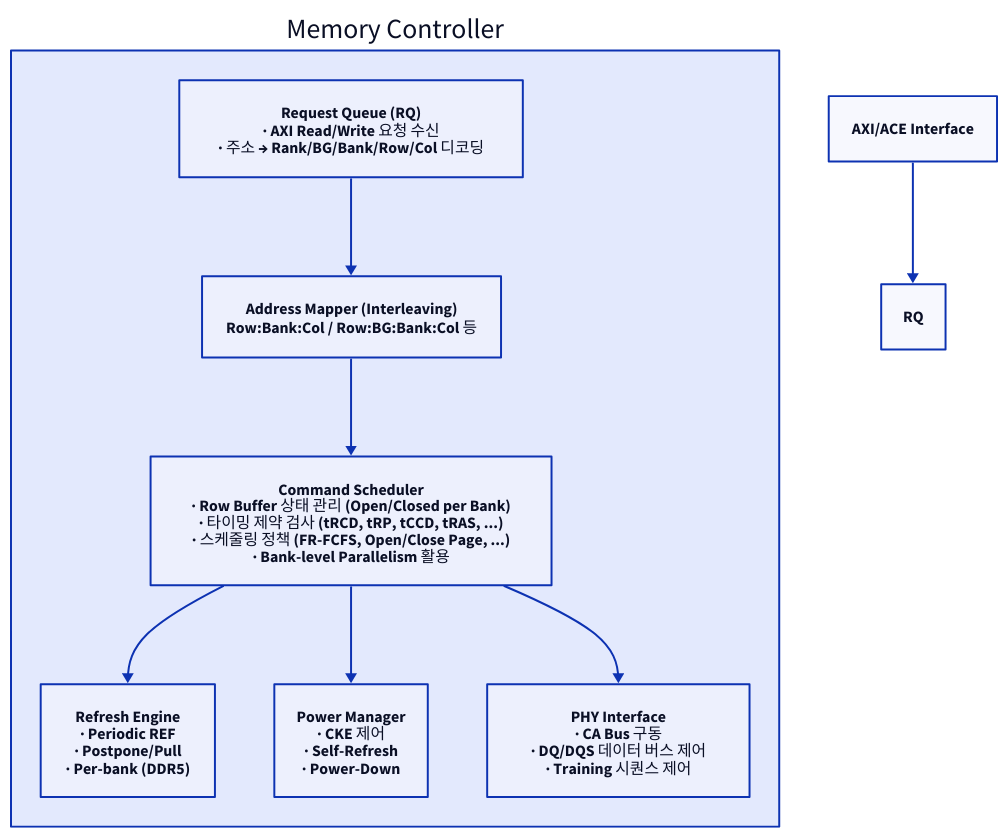
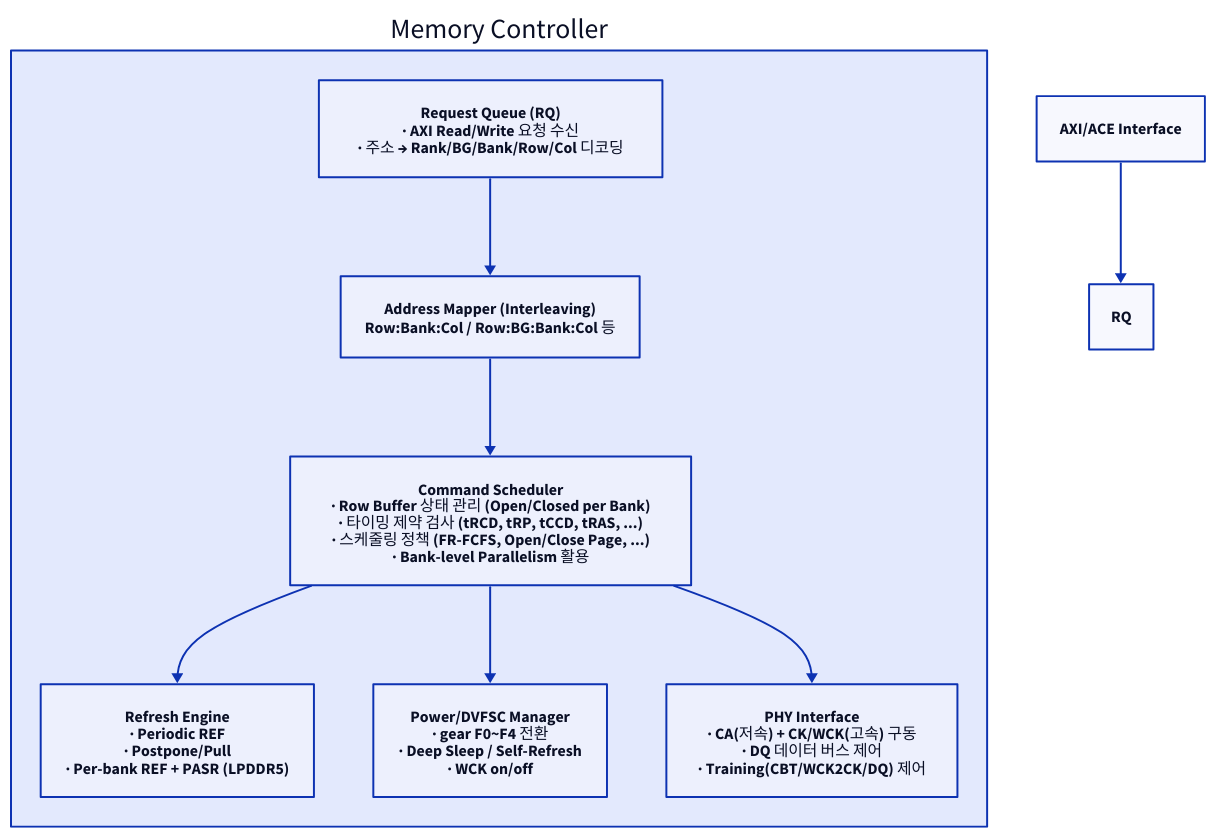
Before and after one commit to humbleowl39/DV_SKOOL: the second of 3 diagrams in topics/dram_ddr/docs/02_memory_controller.md, drawn with D2. The commit also changed other lines of this file and 21 other files, not shown here.

````diff
--- a/topics/dram_ddr/docs/02_memory_controller.md
+++ b/topics/dram_ddr/docs/02_memory_controller.md
@@ -211,20 +228,20 @@
 ```d2
 direction: down
 
 AXI: "AXI/ACE Interface"
 MC: "Memory Controller" {
   direction: down
   RQ: "Request Queue (RQ)\n· AXI Read/Write 요청 수신\n· 주소 → Rank/BG/Bank/Row/Col 디코딩"
   ADM: "Address Mapper (Interleaving)\nRow:Bank:Col / Row:BG:Bank:Col 등"
   CS: "Command Scheduler\n· Row Buffer 상태 관리 (Open/Closed per Bank)\n· 타이밍 제약 검사 (tRCD, tRP, tCCD, tRAS, ...)\n· 스케줄링 정책 (FR-FCFS, Open/Close Page, ...)\n· Bank-level Parallelism 활용"
-  REF: "Refresh Engine\n· Periodic REF\n· Postpone/Pull\n· Per-bank (DDR5)"
-  PM: "Power Manager\n· CKE 제어\n· Self-Refresh\n· Power-Down"
-  PHY: "PHY Interface\n· CA Bus 구동\n· DQ/DQS 데이터 버스 제어\n· Training 시퀀스 제어"
+  REF: "Refresh Engine\n· Periodic REF\n· Postpone/Pull\n· Per-bank REF + PASR (LPDDR5)"
+  PM: "Power/DVFSC Manager\n· gear F0~F4 전환\n· Deep Sleep / Self-Refresh\n· WCK on/off"
+  PHY: "PHY Interface\n· CA(저속) + CK/WCK(고속) 구동\n· DQ 데이터 버스 제어\n· Training(CBT/WCK2CK/DQ) 제어"
   RQ -> ADM
   ADM -> CS
   CS -> REF
   CS -> PM
   CS -> PHY
 }
 AXI -> RQ
 ```
````
